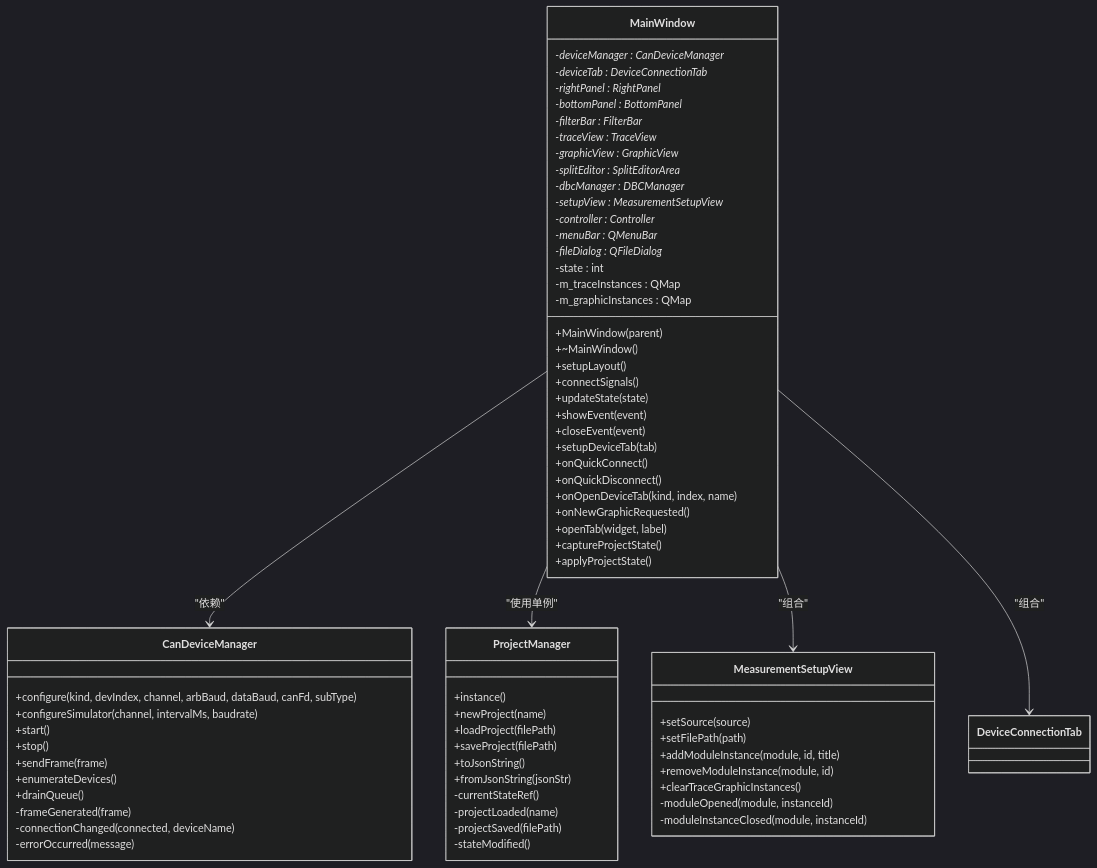
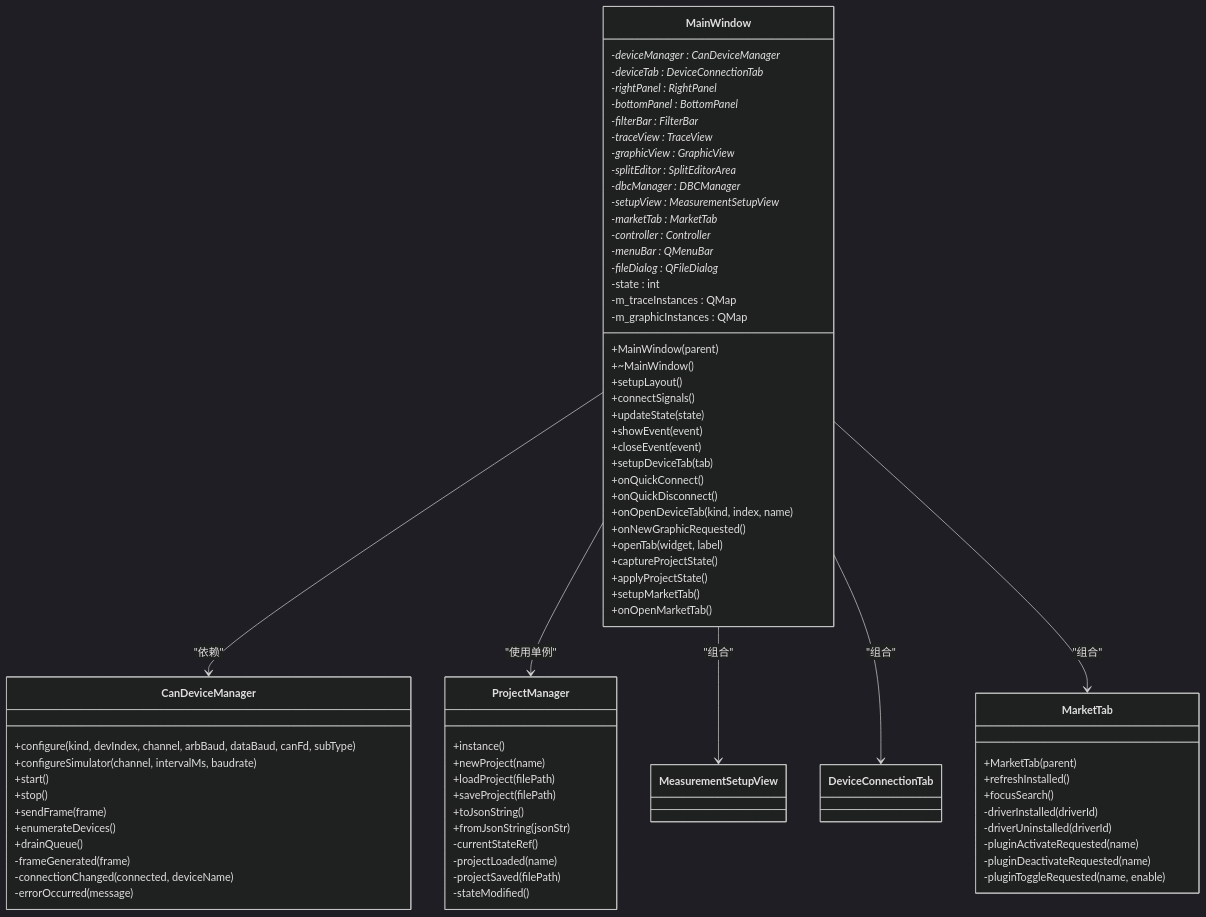
The third of 13 diagrams in .qoder/repowiki/zh/content/核心模块详解/主窗口组件.md (jakecai1225-design/OpenBus), drawn with Mermaid (dark theme) before and after one commit. The commit also changed other lines of this file and 70 other files, not shown here.

````diff
--- a/.qoder/repowiki/zh/content/核心模块详解/主窗口组件.md
+++ b/.qoder/repowiki/zh/content/核心模块详解/主窗口组件.md
@@ -208,73 +218,78 @@
 ```mermaid
 classDiagram
 class MainWindow {
 +MainWindow(parent)
 +~MainWindow()
 +setupLayout()
 +connectSignals()
 +updateState(state)
 +showEvent(event)
 +closeEvent(event)
 +setupDeviceTab(tab)
 +onQuickConnect()
 +onQuickDisconnect()
 +onOpenDeviceTab(kind, index, name)
 +onNewGraphicRequested()
 +openTab(widget, label)
 +captureProjectState()
 +applyProjectState()
++setupMarketTab()
++onOpenMarketTab()
 -deviceManager : CanDeviceManager*
 -deviceTab : DeviceConnectionTab*
 -rightPanel : RightPanel*
 -bottomPanel : BottomPanel*
 -filterBar : FilterBar*
 -traceView : TraceView*
 -graphicView : GraphicView*
 -splitEditor : SplitEditorArea*
 -dbcManager : DBCManager*
 -setupView : MeasurementSetupView*
+-marketTab : MarketTab*
 -controller : Controller*
 -menuBar : QMenuBar*
 -fileDialog : QFileDialog*
 -state : int
 -m_traceInstances : QMap<QString, QWidget*>
 -m_graphicInstances : QMap<QString, QWidget*>
+}
+class MarketTab {
++MarketTab(parent)
++refreshInstalled()
++focusSearch()
+-driverInstalled(driverId)
+-driverUninstalled(driverId)
+-pluginActivateRequested(name)
+-pluginDeactivateRequested(name)
+-pluginToggleRequested(name, enable)
 }
 class CanDeviceManager {
 +configure(kind, devIndex, channel, arbBaud, dataBaud, canFd, subType)
 +configureSimulator(channel, intervalMs, baudrate)
 +start()
 +stop()
 +sendFrame(frame)
 +enumerateDevices()
 +drainQueue()
 -frameGenerated(frame)
 -connectionChanged(connected, deviceName)
 -errorOccurred(message)
 }
 class ProjectManager {
 +instance()
 +newProject(name)
 +loadProject(filePath)
 +saveProject(filePath)
 +toJsonString()
 +fromJsonString(jsonStr)
 -currentStateRef()
 -projectLoaded(name)
 -projectSaved(filePath)
 -stateModified()
 }
-class MeasurementSetupView {
-+setSource(source)
-+setFilePath(path)
-+addModuleInstance(module, id, title)
-+removeModuleInstance(module, id)
-+clearTraceGraphicInstances()
--moduleOpened(module, instanceId)
--moduleInstanceClosed(module, instanceId)
-}
 MainWindow --> CanDeviceManager : "依赖"
 MainWindow --> ProjectManager : "使用单例"
 MainWindow --> MeasurementSetupView : "组合"
 MainWindow --> DeviceConnectionTab : "组合"
+MainWindow --> MarketTab : "组合"
 ```
````
